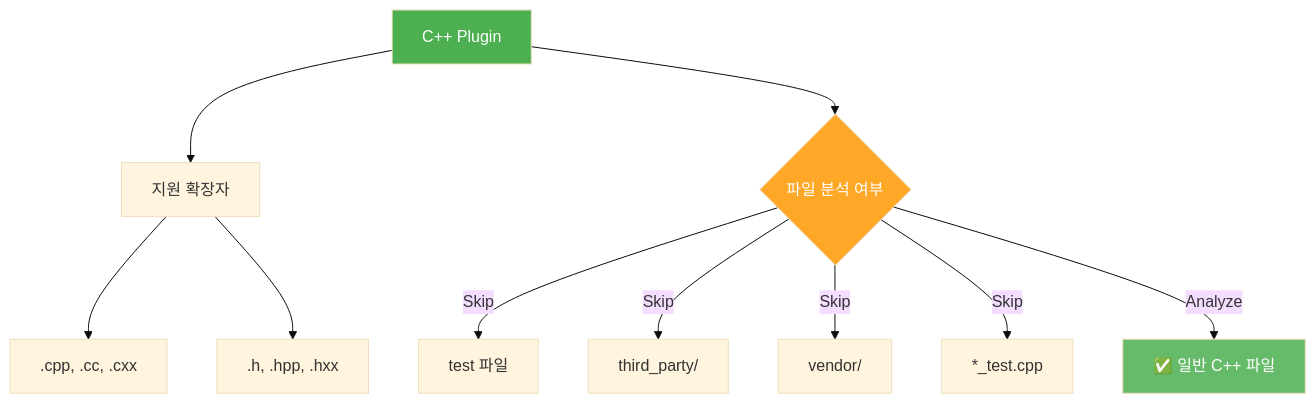
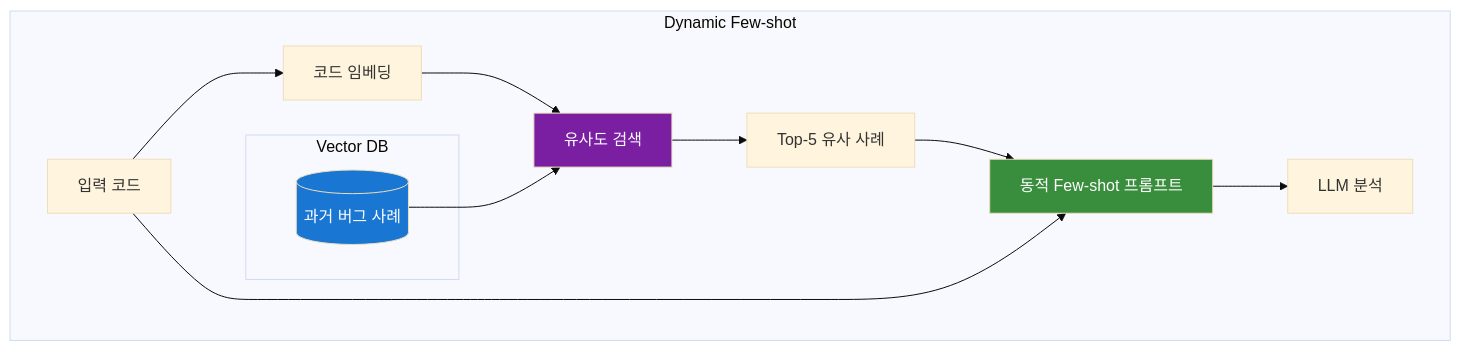
Before and after one commit to ApeachM/llm-code-reviewer: diagram 14 of 32 in PRESENTATION.md, drawn with Mermaid (base theme). The commit also changed other lines of this file and 1 other file, not shown here.

First line of the commit message:
docs: Expand "CLAUDE.md" with linting and formatting guidelines, architecture updates, and technique details

````diff
--- a/PRESENTATION.md
+++ b/PRESENTATION.md
@@ -992,20 +657,21 @@
 ```mermaid
 graph TB
-    CppPlugin[C++ Plugin]
+    subgraph "Dynamic Few-shot"
+        Input[입력 코드] --> Embed[코드 임베딩]
 
-    CppPlugin --> Extensions[지원 확장자]
-    Extensions --> Ext1[.cpp, .cc, .cxx]
-    Extensions --> Ext2[.h, .hpp, .hxx]
+        subgraph "Vector DB"
+            DB[(과거 버그 사례)]
+        end
 
-    CppPlugin --> Filter{파일 분석 여부}
+        Embed --> Search[유사도 검색]
+        DB --> Search
+        Search --> TopK[Top-5 유사 사례]
+        TopK --> Prompt[동적 Few-shot 프롬프트]
+        Input --> Prompt
+        Prompt --> LLM[LLM 분석]
+    end
 
-    Filter -->|Skip| Skip1[test 파일]
-    Filter -->|Skip| Skip2[third_party/]
-    Filter -->|Skip| Skip3[vendor/]
-    Filter -->|Skip| Skip4[*_test.cpp]
-    Filter -->|Analyze| Analyze[✅ 일반 C++ 파일]
-
-    style CppPlugin fill:#4caf50,color:#fff
-    style Analyze fill:#66bb6a,color:#fff
-    style Filter fill:#ffa726,color:#fff
+    style DB fill:#1976d2,color:#fff
+    style Search fill:#7b1fa2,color:#fff
+    style Prompt fill:#388e3c,color:#fff
 ```
````
